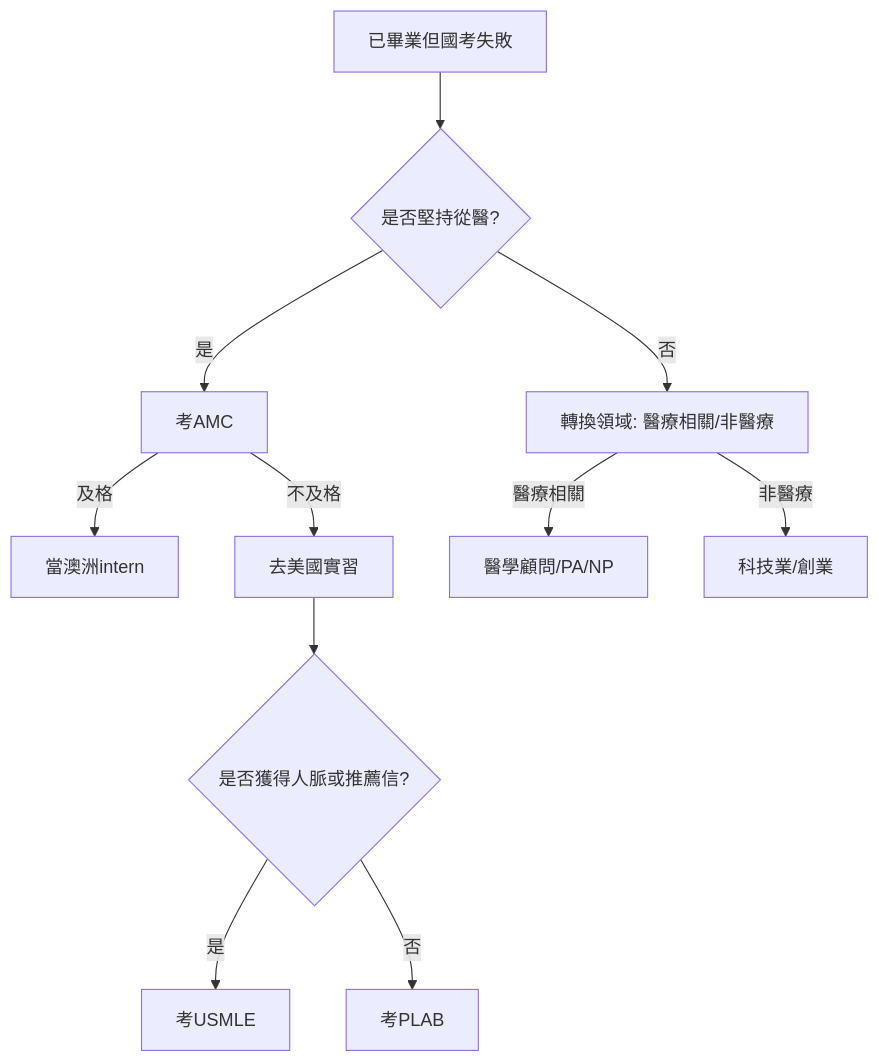
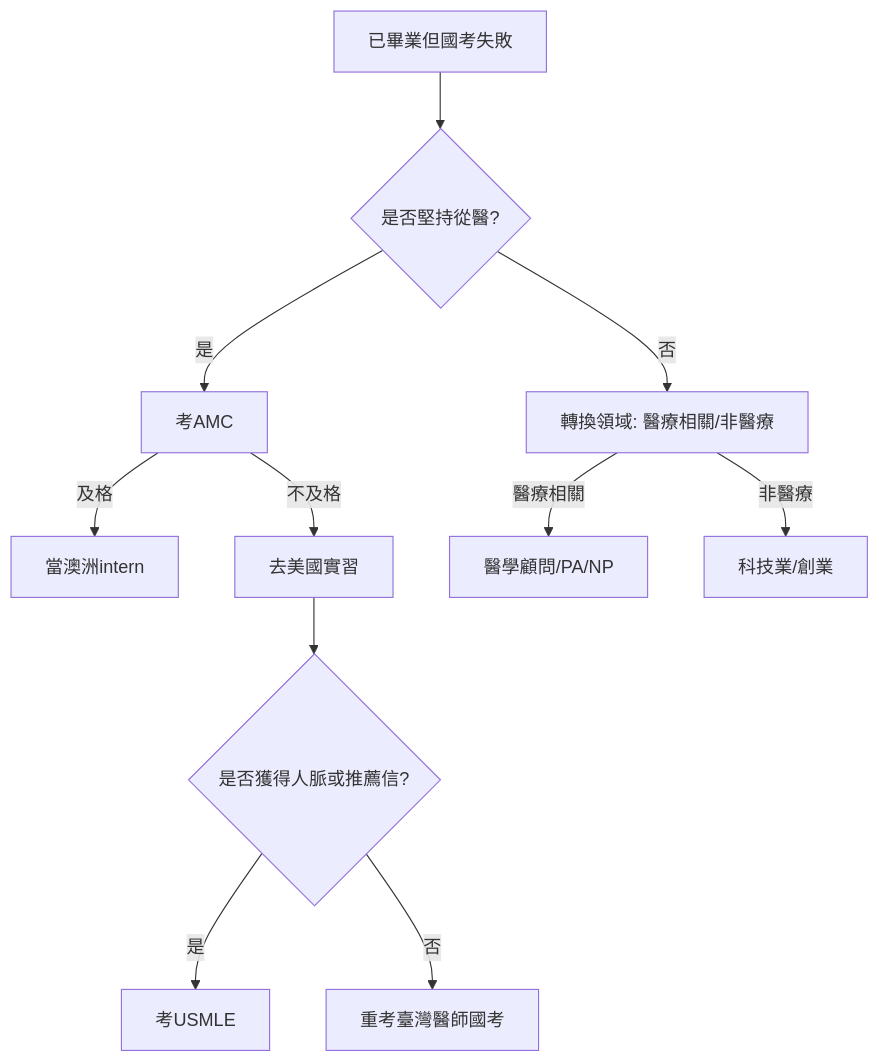
The first of 3 diagrams in README.md (BruceChen034020/2025TWMLE), drawn with Mermaid before and after one commit. The commit also changed other lines of this file, not shown here.

````diff
--- a/README.md
+++ b/README.md
@@ -907,13 +907,13 @@
 ```mermaid
 graph TD
     A[已畢業但國考失敗] --> B{是否堅持從醫?}
     B -->|是| C[考AMC]
     C -->|及格| D[當澳洲intern]
     C -->|不及格| E[去美國實習]
     B -->|否| F[轉換領域: 醫療相關/非醫療]
     F -->|醫療相關| G[醫學顧問/PA/NP]
     F -->|非醫療| H[科技業/創業]
     E --> I{是否獲得人脈或推薦信?}
     I --> |是| J[考USMLE]
-    I --> |否| K[考PLAB]
+    I --> |否| K[重考臺灣醫師國考]
 ```
````
